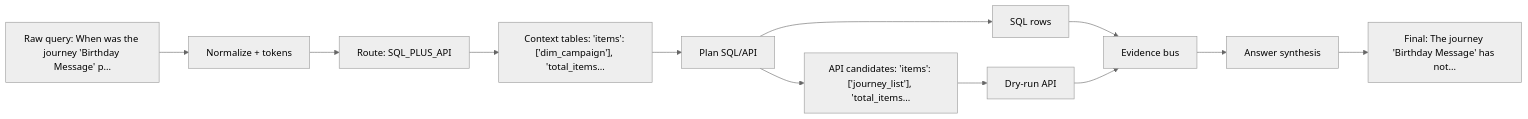
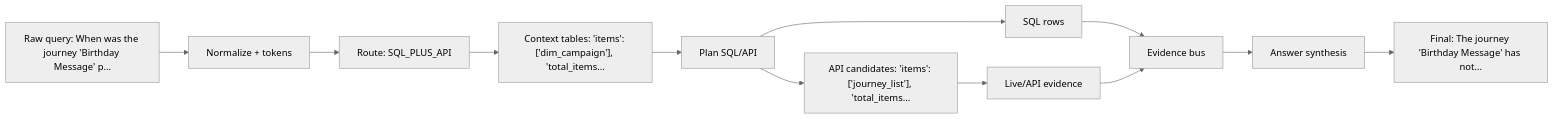
The diagram in outputs/visualizations/query_example_000_dataflow.md (dashsys-workshop-vldb/dashsys-workshop-vldb.github.io), drawn with Mermaid (neutral theme) before and after one commit. The commit also changed other lines of this file and 662 other files, not shown here.

````diff
--- a/outputs/visualizations/query_example_000_dataflow.md
+++ b/outputs/visualizations/query_example_000_dataflow.md
@@ -17,14 +17,14 @@
 ```mermaid
 flowchart LR
   Q["Raw query: When was the journey 'Birthday Message' p..."] --> N["Normalize + tokens"]
   N --> R["Route: SQL_PLUS_API"]
   R --> C["Context tables: 'items': ['dim_campaign'], 'total_items..."]
   C --> P["Plan SQL/API"]
   P --> S["SQL rows"]
   P --> A["API candidates: 'items': ['journey_list'], 'total_items..."]
-  A --> E["Dry-run API"]
+  A --> E["Live/API evidence"]
   S --> V["Evidence bus"]
   E --> V
   V --> H["Answer synthesis"]
   H --> F["Final: The journey 'Birthday Message' has not..."]
 ```
````
